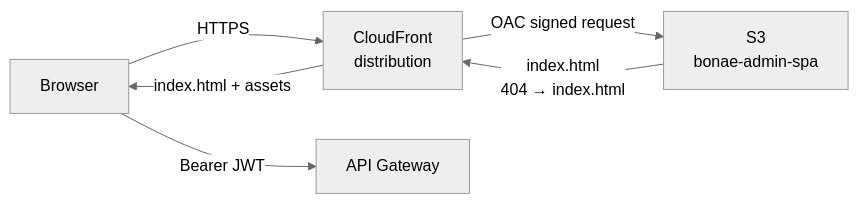
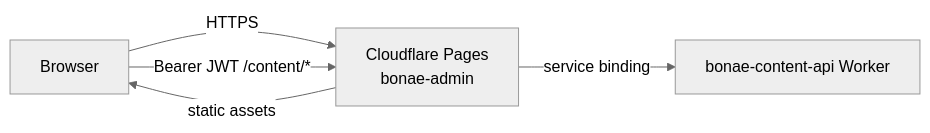
The sixth of 15 diagrams in docs/architecture.md (Bonae-Tech/bonae-tech), drawn with Mermaid (neutral theme) before and after one commit. The commit also changed other lines of this file and 62 other files, not shown here.

First line of the commit message:
Hybrid Cloudflare + AWS Cognito architecture (#58)

````diff
--- a/docs/architecture.md
+++ b/docs/architecture.md
@@ -285,8 +261,7 @@
 ```mermaid
 flowchart LR
-    Browser -->|"HTTPS"| CF["CloudFront\ndistribution"]
-    CF -->|"OAC signed request"| S3["S3\nbonae-admin-spa"]
-    S3 -->|"index.html\n404 → index.html"| CF
-    CF -->|"index.html + assets"| Browser
-    Browser -->|"Bearer JWT"| APIGW["API Gateway"]
+    Browser -->|"HTTPS"| Pages["Cloudflare Pages\nbonae-admin"]
+    Pages -->|"static assets"| Browser
+    Browser -->|"Bearer JWT /content/*"| Pages
+    Pages -->|"service binding"| Worker["bonae-content-api Worker"]
 ```
````
